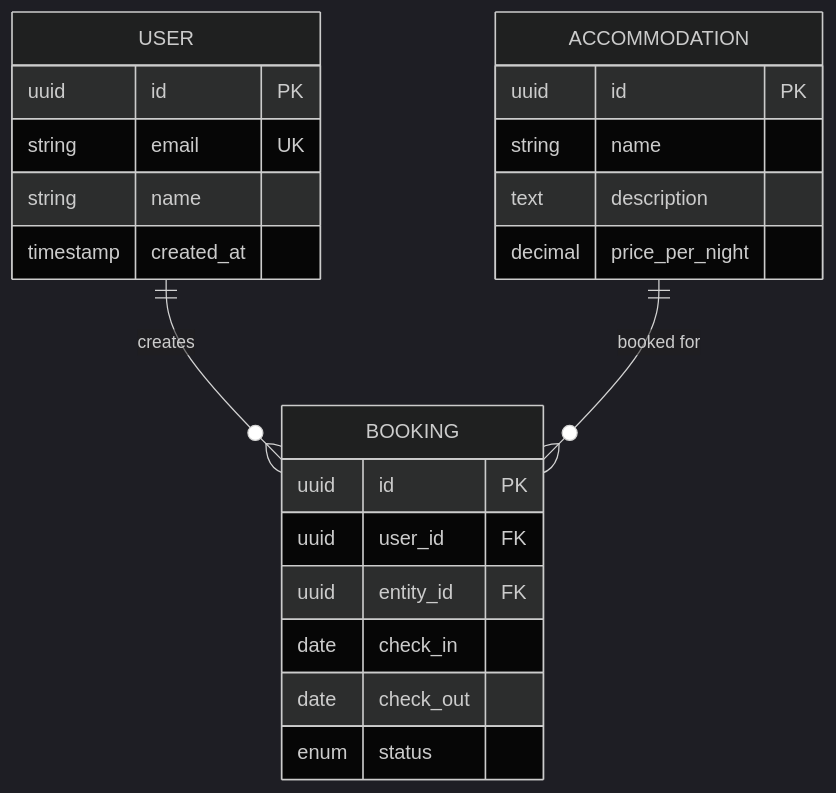
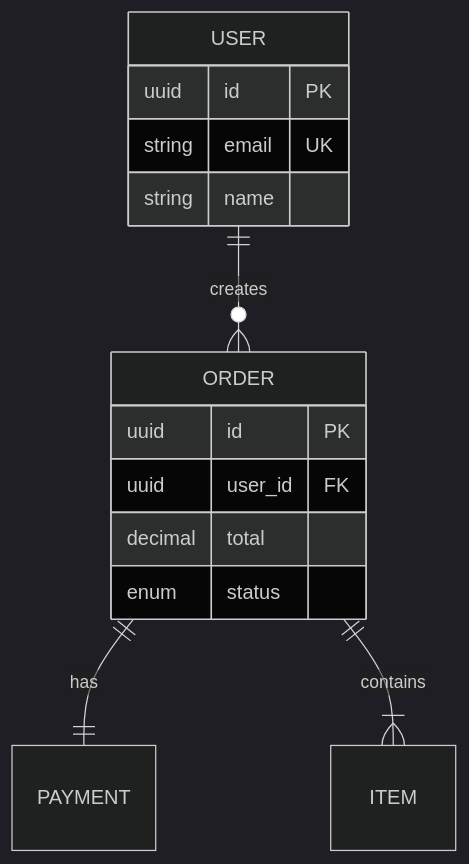
The third of 8 diagrams in templates/skills/tech/mermaid-diagram-specialist.md (qazuor/claude-code-config), drawn with Mermaid (dark theme) before and after one commit. The commit also changed other lines of this file and 26 other files, not shown here.

````diff
--- a/templates/skills/tech/mermaid-diagram-specialist.md
+++ b/templates/skills/tech/mermaid-diagram-specialist.md
@@ -236,25 +81,18 @@
 ```mermaid
 erDiagram
-    USER ||--o{ BOOKING : creates
-    ACCOMMODATION ||--o{ BOOKING : "booked for"
+    USER ||--o{ ORDER : creates
+    ORDER ||--|| PAYMENT : has
+    ORDER ||--|{ ITEM : contains
+
     USER {
         uuid id PK
         string email UK
         string name
-        timestamp created_at
     }
-    BOOKING {
+    ORDER {
         uuid id PK
         uuid user_id FK
-        uuid entity_id FK
-        date check_in
-        date check_out
+        decimal total
         enum status
     }
-    ACCOMMODATION {
-        uuid id PK
-        string name
-        text description
-        decimal price_per_night
-    }
 ```
````
